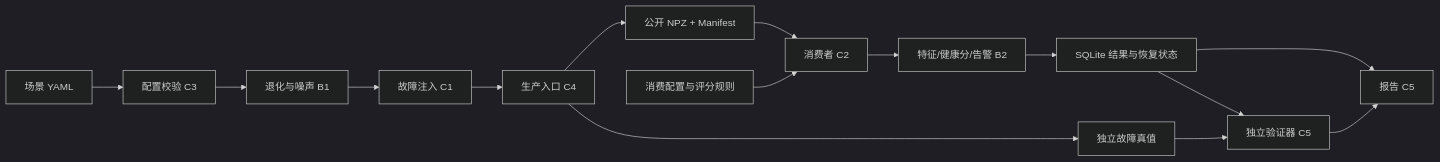
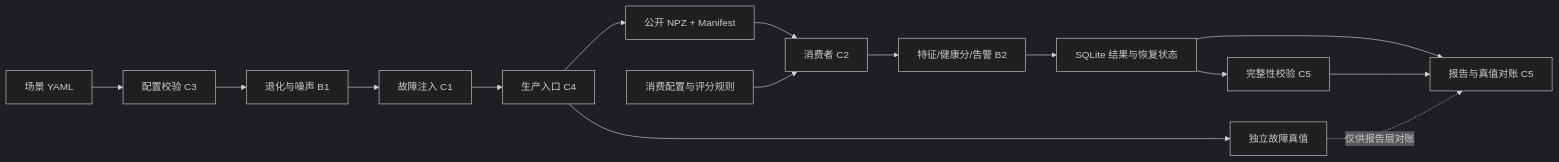
One commit to Zhu-ShuH/g15-predictive-maintenance changed the first of 2 diagrams in docs/architecture.md. Above: the diagram before and after it, drawn with Mermaid (dark theme).

Commit message:
docs(117): 架构图 TRUTH 改接报告层对账（LF）

````diff
--- a/docs/architecture.md
+++ b/docs/architecture.md
@@ -9,17 +9,17 @@
 ```mermaid
 flowchart LR
     SC[场景 YAML] --> CFG[配置校验 C3]
     CFG --> SIM[退化与噪声 B1]
     SIM --> FAULT[故障注入 C1]
     FAULT --> PROD[生产入口 C4]
     PROD --> RAW[公开 NPZ + Manifest]
     PROD --> TRUTH[独立故障真值]
     RAW --> CONS[消费者 C2]
     CC[消费配置与评分规则] --> CONS
     CONS --> ANALYSIS[特征/健康分/告警 B2]
     ANALYSIS --> DB[SQLite 结果与恢复状态]
-    DB --> REPORT[报告 C5]
-    TRUTH --> VERIFY[独立验证器 C5]
-    DB --> VERIFY
+    DB --> REPORT[报告与真值对账 C5]
+    TRUTH -. 仅供报告层对账 .-> REPORT
+    DB --> VERIFY[完整性校验 C5]
     VERIFY --> REPORT
 ```
````
